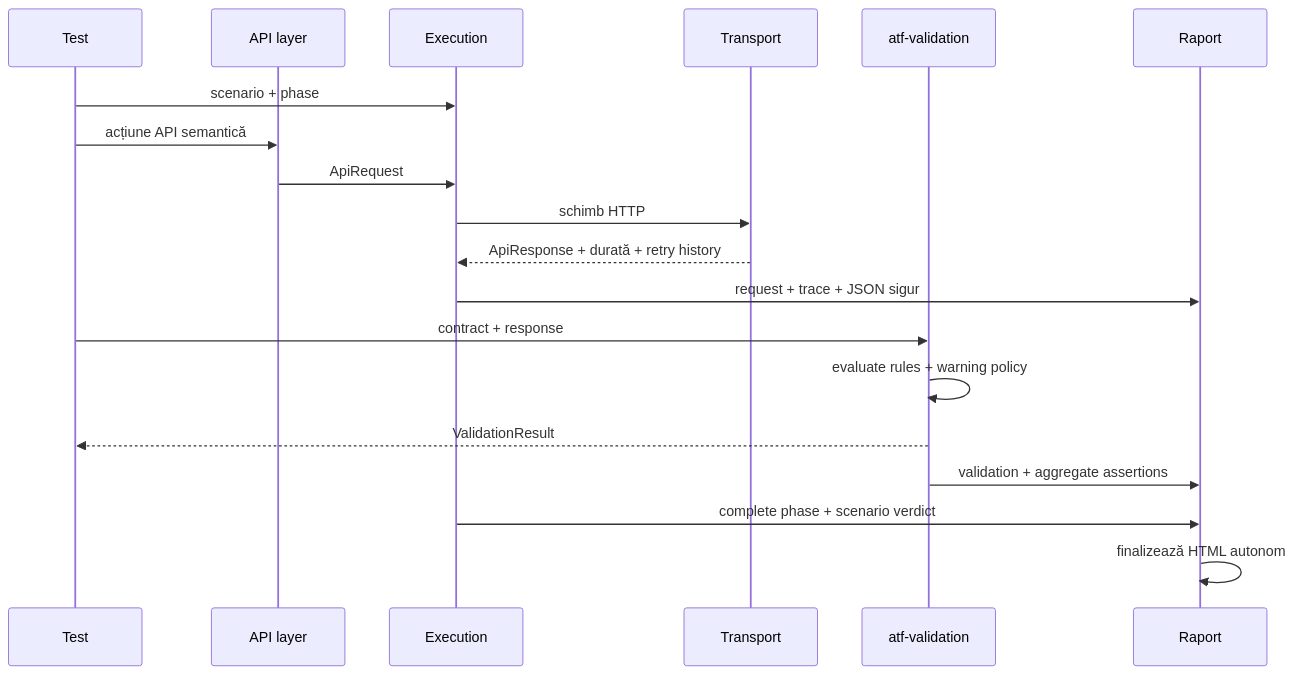
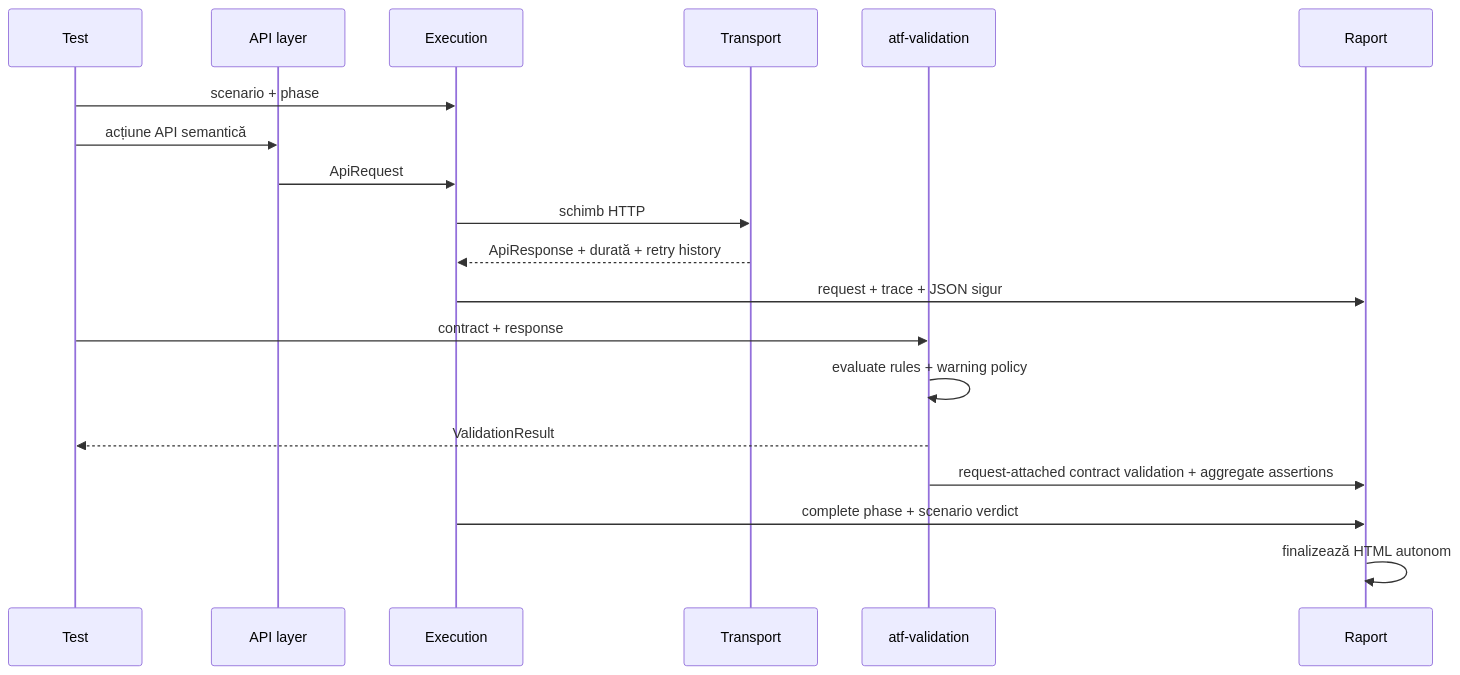
One commit to crististefanita/demo2 changed the third of 10 diagrams in docs/ATF_Architecture.md. Above: the diagram before and after it, drawn with Mermaid. The commit also changed other lines of this file and 298 other files, not shown here.

````diff
--- a/docs/ATF_Architecture.md
+++ b/docs/ATF_Architecture.md
@@ -231,23 +231,23 @@
 ```mermaid
 %%{init: {"themeVariables": {"fontSize": "16px"}}}%%
 sequenceDiagram
     participant T as Test
     participant M as API layer
     participant E as Execution
     participant H as Transport
     participant V as atf-validation
     participant R as Raport
 
     T->>E: scenario + phase
     T->>M: acțiune API semantică
     M->>E: ApiRequest
     E->>H: schimb HTTP
     H-->>E: ApiResponse + durată + retry history
     E->>R: request + trace + JSON sigur
     T->>V: contract + response
     V->>V: evaluate rules + warning policy
     V-->>T: ValidationResult
-    V->>R: validation + aggregate assertions
+    V->>R: request-attached contract validation + aggregate assertions
     E->>R: complete phase + scenario verdict
     R->>R: finalizează HTML autonom
 ```
````
